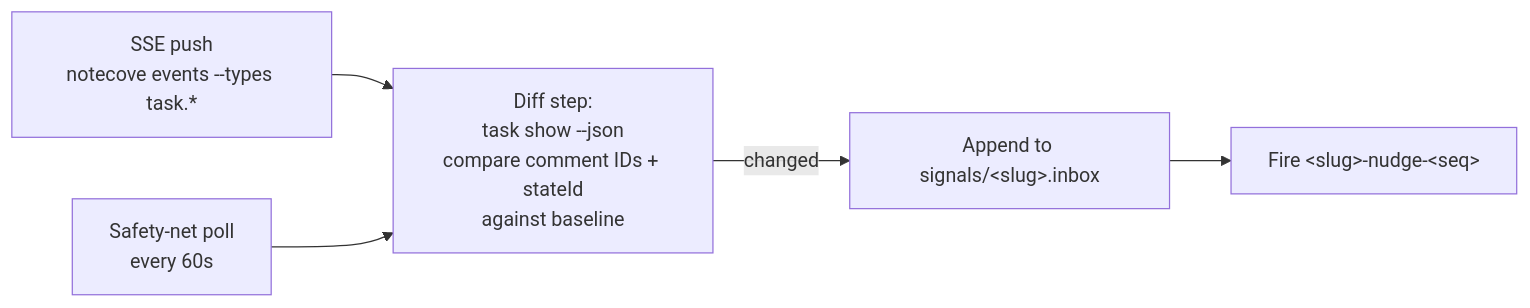
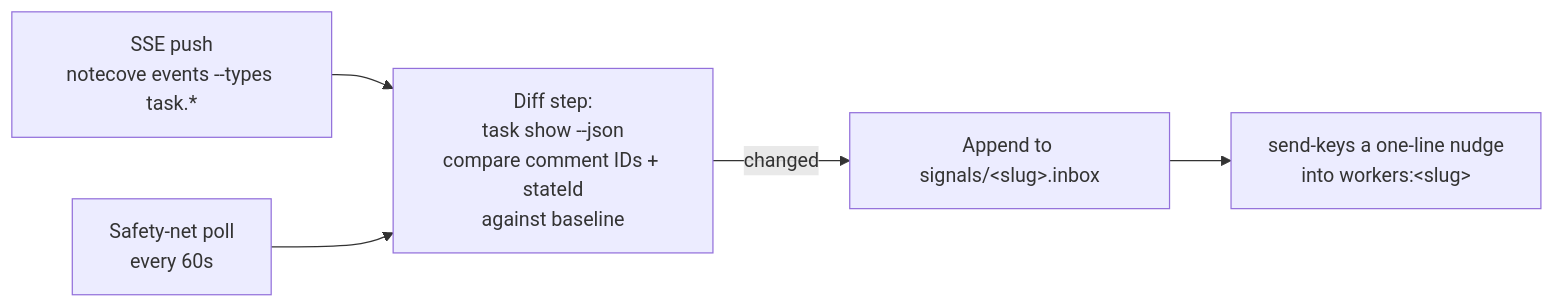
The third of 9 diagrams in docs/agentic-workflow.md (gara2000/agentmesh), drawn with Mermaid before and after one commit. The commit also changed other lines of this file and 29 other files, not shown here.

````diff
--- a/docs/agentic-workflow.md
+++ b/docs/agentic-workflow.md
@@ -162,8 +164,8 @@
 ```mermaid
 flowchart LR
     SSE["SSE push<br/>notecove events --types task.*"] --> Diff
     Poll["Safety-net poll<br/>every 60s"] --> Diff
     Diff["Diff step:<br/>task show --json<br/>compare comment IDs + stateId<br/>against baseline"]
     Diff -->|changed| Inbox["Append to signals/&lt;slug&gt;.inbox"]
-    Inbox --> Nudge["Fire &lt;slug&gt;-nudge-&lt;seq&gt;"]
+    Inbox --> Nudge["send-keys a one-line nudge<br/>into workers:&lt;slug&gt;"]
 ```
````
